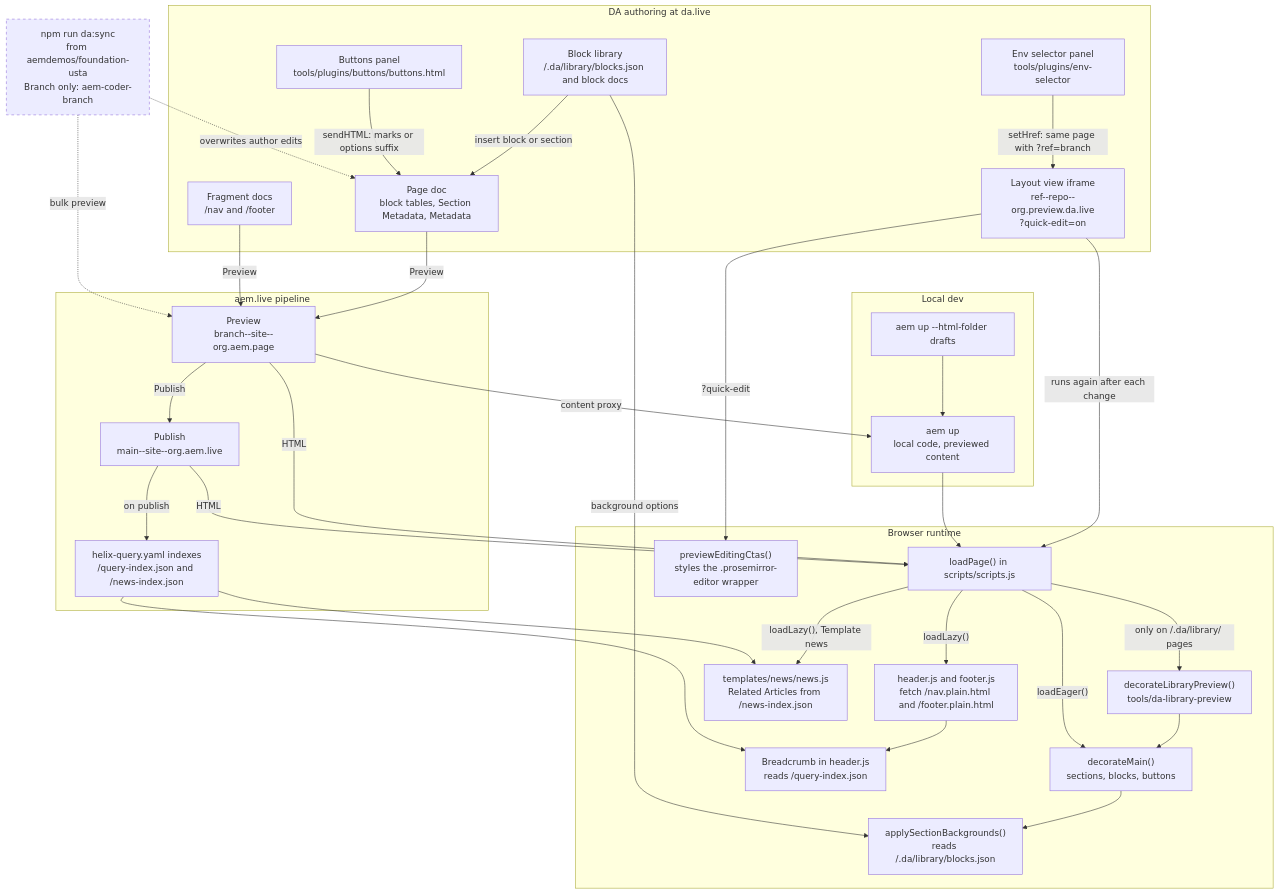
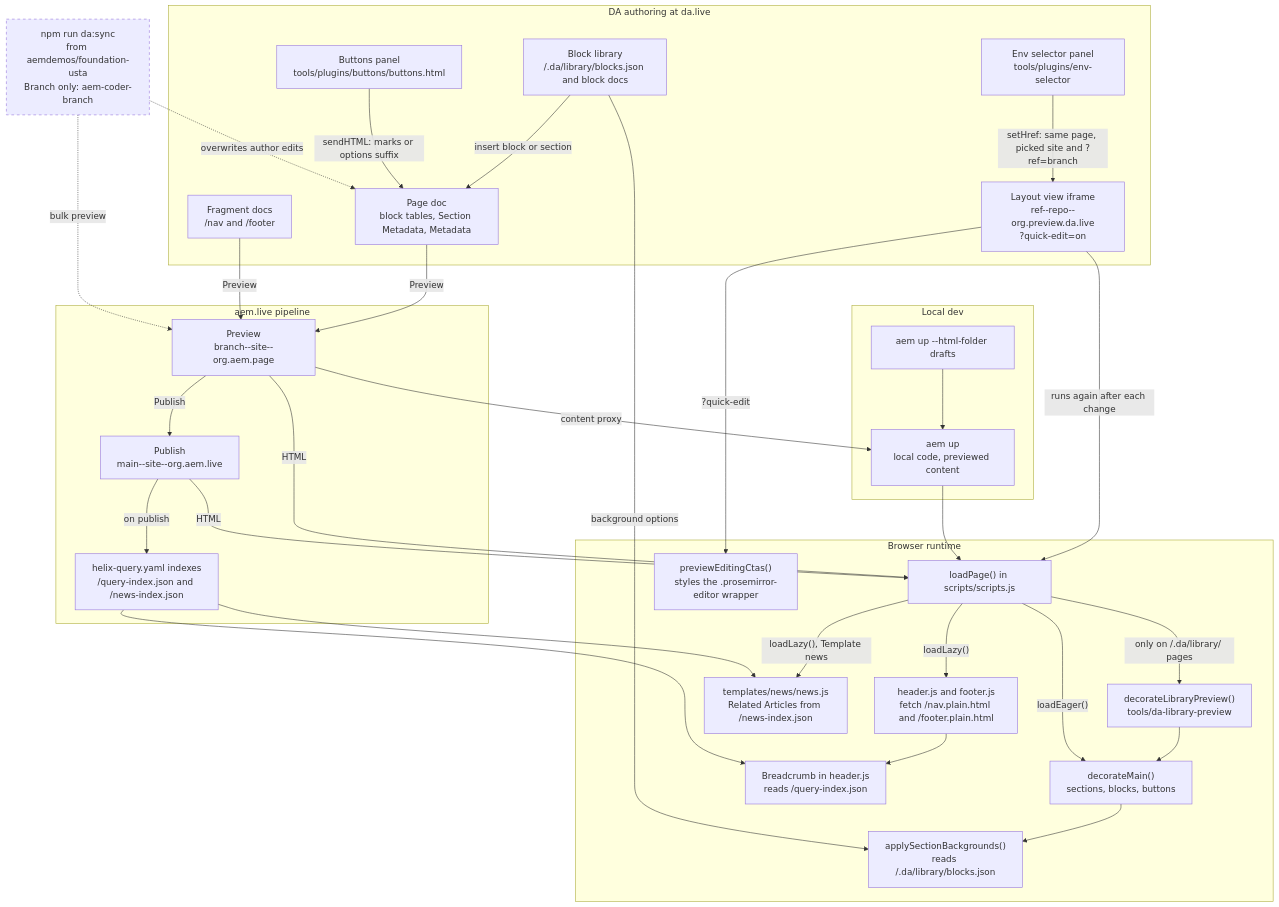
One commit to aman-kumar24-dev/usta-foundation-site changed the sixth of 8 diagrams in docs/flow.md. Above: the diagram before and after it, drawn with Mermaid. The commit also changed other lines of this file and 7 other files, not shown here.

First line of the commit message:
env-selector: content picker before the branch picker

````diff
--- a/docs/flow.md
+++ b/docs/flow.md
@@ -678,58 +678,58 @@
 ```mermaid
 flowchart TD
   subgraph DA["DA authoring at da.live"]
     LIB["Block library<br/>/.da/library/blocks.json and block docs"]
     BTN["Buttons panel<br/>tools/plugins/buttons/buttons.html"]
     ENV["Env selector panel<br/>tools/plugins/env-selector"]
     DOC["Page doc<br/>block tables, Section Metadata, Metadata"]
     FRAG["Fragment docs<br/>/nav and /footer"]
     EW["Layout view iframe<br/>ref--repo--org.preview.da.live<br/>?quick-edit=on"]
   end
   subgraph ADMIN["aem.live pipeline"]
     PREV["Preview<br/>branch--site--org.aem.page"]
     PUB["Publish<br/>main--site--org.aem.live"]
     IDX["helix-query.yaml indexes<br/>/query-index.json and /news-index.json"]
   end
   subgraph RT["Browser runtime"]
     LP["loadPage() in scripts/scripts.js"]
     LIBP["decorateLibraryPreview()<br/>tools/da-library-preview"]
     DM["decorateMain()<br/>sections, blocks, buttons"]
     BG["applySectionBackgrounds()<br/>reads /.da/library/blocks.json"]
     PEC["previewEditingCtas()<br/>styles the .prosemirror-editor wrapper"]
     HF["header.js and footer.js<br/>fetch /nav.plain.html and /footer.plain.html"]
     BC["Breadcrumb in header.js<br/>reads /query-index.json"]
     RA["templates/news/news.js<br/>Related Articles from /news-index.json"]
   end
   subgraph DEV["Local dev"]
     UP["aem up<br/>local code, previewed content"]
     DR["aem up --html-folder drafts"]
   end
   SYNC["npm run da:sync<br/>from aemdemos/foundation-usta<br/>Branch only: aem-coder-branch"]:::planned
   LIB -->|"insert block or section"| DOC
   BTN -->|"sendHTML: marks or options suffix"| DOC
-  ENV -->|"setHref: same page with ?ref=branch"| EW
+  ENV -->|"setHref: same page, picked site and ?ref=branch"| EW
   DOC -->|"Preview"| PREV
   FRAG -->|"Preview"| PREV
   PREV -->|"Publish"| PUB
   PUB -->|"on publish"| IDX
   PREV -->|"HTML"| LP
   PUB -->|"HTML"| LP
   EW -->|"runs again after each change"| LP
   EW -->|"?quick-edit"| PEC
   LP -->|"only on /.da/library/ pages"| LIBP
   LIBP --> DM
   LP -->|"loadEager()"| DM
   DM --> BG
   LIB -->|"background options"| BG
   LP -->|"loadLazy()"| HF
   LP -->|"loadLazy(), Template news"| RA
   HF --> BC
   IDX --> BC
   IDX --> RA
   PREV -->|"content proxy"| UP
   DR --> UP
   UP --> LP
   SYNC -.->|"overwrites author edits"| DOC
   SYNC -.->|"bulk preview"| PREV
   classDef planned stroke-dasharray: 5 5
 ```
````
